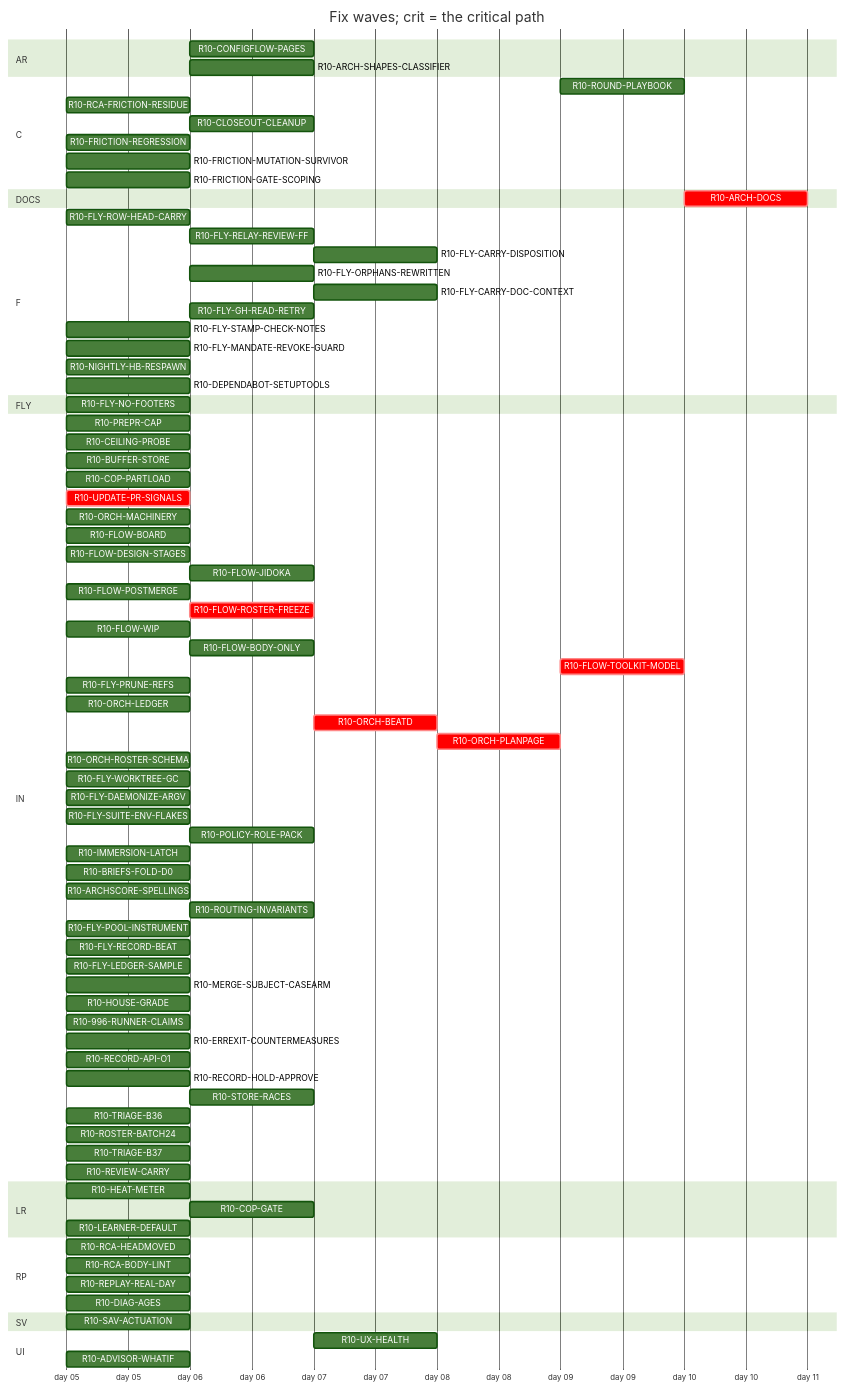
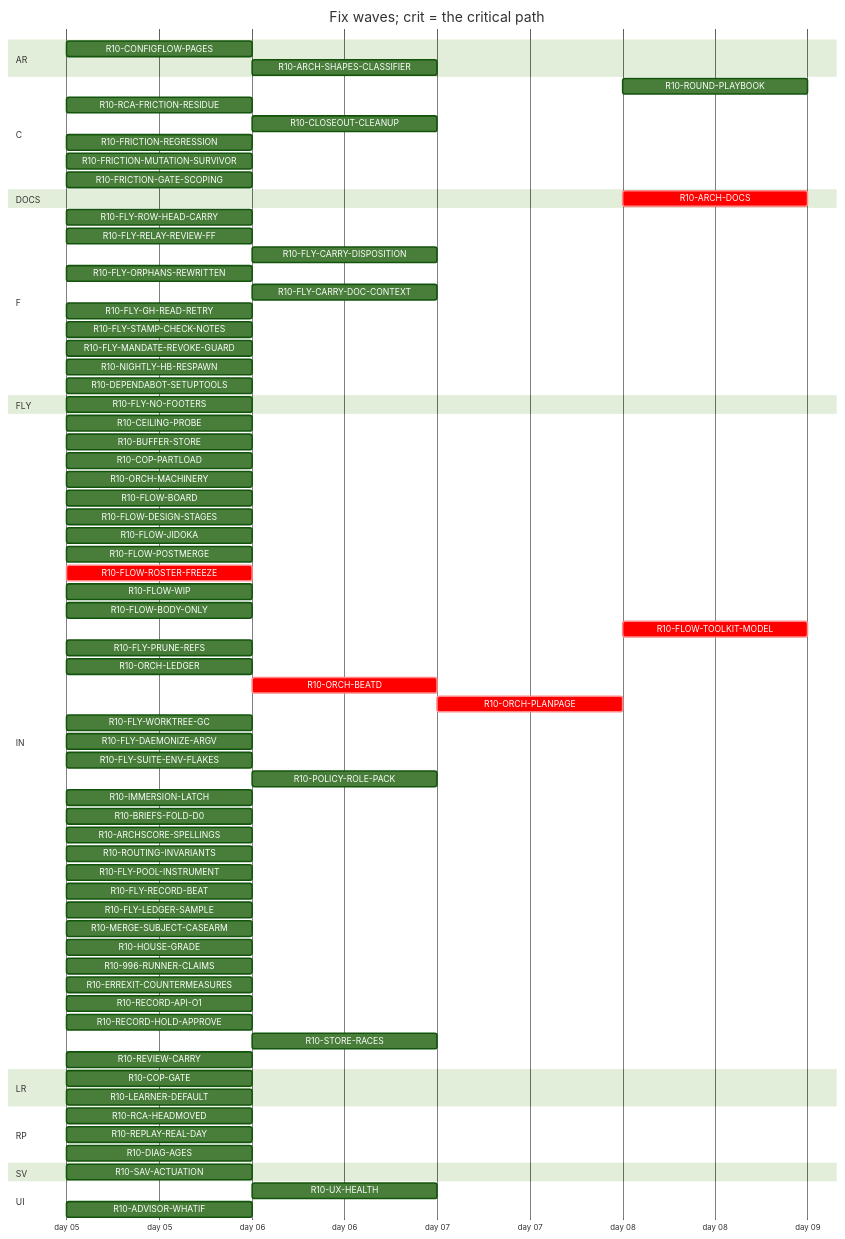
Before and after one commit to tvofi/heatpump_optimizer: the diagram in handoff/round10/state/PLAN-TABLE.md, drawn with Mermaid (forest theme). The commit also changed other lines of this file and 2 other files, not shown here.

````diff
--- a/handoff/round10/state/PLAN-TABLE.md
+++ b/handoff/round10/state/PLAN-TABLE.md
@@ -26,7 +26,7 @@
   dateFormat YYYY-MM-DD
   axisFormat day %d
   section AR
-    R10-CONFIGFLOW-PAGES :r10CONFIGFLOWPAGES, after r10HEATMETER, 1d
+    R10-CONFIGFLOW-PAGES :r10CONFIGFLOWPAGES, 2026-01-05, 1d
     R10-ARCH-SHAPES-CLASSIFIER :r10ARCHSHAPESCLASSIFIER, after r10996RUNNERCLAIMS, 1d
   section C
     R10-ROUND-PLAYBOOK :r10ROUNDPLAYBOOK, after r10ORCHLEDGER r10ORCHBEATD r10ORCHPLANPAGE r10FLYRELAYREVIEWFF r10FLOWROSTERFREEZE r10FLOWBODYONLY, 1d
@@ -36,14 +36,14 @@
     R10-FRICTION-MUTATION-SURVIVOR :r10FRICTIONMUTATIONSURVIVOR, 2026-01-05, 1d
     R10-FRICTION-GATE-SCOPING :r10FRICTIONGATESCOPING, 2026-01-05, 1d
   section DOCS
-    R10-ARCH-DOCS :crit, r10ARCHDOCS, after r10HEATMETER r10COPGATE r10UXHEALTH r10CONFIGFLOWPAGES r10RCAHEADMOVED r10CEILINGPROBE r10BUFFERSTORE r10COPPARTLOAD r10UPDATEPRSIGNALS r10LEARNERDEFAULT r10FLOWBOARD r10FLOWDESIGNSTAGES r10FLOWJIDOKA r10FLOWPOSTMERGE r10FLOWROSTERFREEZE r10FLOWWIP r10FLOWBODYONLY r10FLYROWHEADCARRY r10FLYRELAYREVIEWFF r10FLYCARRYDISPOSITION r10FLYORPHANSREWRITTEN r10FLYCARRYDOCCONTEXT r10FLOWTOOLKITMODEL r10FLYSTAMPCHECKNOTES r10FLYMANDATEREVOKEGUARD r10RCAFRICTIONRESIDUE r10NIGHTLYHBRESPAWN r10FLYPRUNEREFS r10ORCHLEDGER r10ORCHBEATD r10ORCHPLANPAGE r10ORCHROSTERSCHEMA r10FLYWORKTREEGC r10FLYDAEMONIZEARGV r10POLICYROLEPACK r10IMMERSIONLATCH r10BRIEFSFOLDD0 r10REPLAYREALDAY r10ARCHSCORESPELLINGS r10SAVACTUATION r10FLYLEDGERSAMPLE, 1d
+    R10-ARCH-DOCS :crit, r10ARCHDOCS, after r10COPGATE r10UXHEALTH r10CONFIGFLOWPAGES r10RCAHEADMOVED r10CEILINGPROBE r10BUFFERSTORE r10COPPARTLOAD r10LEARNERDEFAULT r10FLOWBOARD r10FLOWDESIGNSTAGES r10FLOWJIDOKA r10FLOWPOSTMERGE r10FLOWROSTERFREEZE r10FLOWWIP r10FLOWBODYONLY r10FLYROWHEADCARRY r10FLYRELAYREVIEWFF r10FLYCARRYDISPOSITION r10FLYORPHANSREWRITTEN r10FLYCARRYDOCCONTEXT r10FLOWTOOLKITMODEL r10FLYSTAMPCHECKNOTES r10FLYMANDATEREVOKEGUARD r10RCAFRICTIONRESIDUE r10NIGHTLYHBRESPAWN r10FLYPRUNEREFS r10ORCHLEDGER r10ORCHBEATD r10ORCHPLANPAGE r10FLYWORKTREEGC r10FLYDAEMONIZEARGV r10POLICYROLEPACK r10IMMERSIONLATCH r10BRIEFSFOLDD0 r10REPLAYREALDAY r10ARCHSCORESPELLINGS r10SAVACTUATION r10FLYLEDGERSAMPLE, 1d
   section F
     R10-FLY-ROW-HEAD-CARRY :r10FLYROWHEADCARRY, 2026-01-05, 1d
-    R10-FLY-RELAY-REVIEW-FF :r10FLYRELAYREVIEWFF, after r10UPDATEPRSIGNALS, 1d
+    R10-FLY-RELAY-REVIEW-FF :r10FLYRELAYREVIEWFF, 2026-01-05, 1d
     R10-FLY-CARRY-DISPOSITION :r10FLYCARRYDISPOSITION, after r10FLYORPHANSREWRITTEN, 1d
-    R10-FLY-ORPHANS-REWRITTEN :r10FLYORPHANSREWRITTEN, after r10UPDATEPRSIGNALS, 1d
+    R10-FLY-ORPHANS-REWRITTEN :r10FLYORPHANSREWRITTEN, 2026-01-05, 1d
     R10-FLY-CARRY-DOC-CONTEXT :r10FLYCARRYDOCCONTEXT, after r10FLYGHREADRETRY, 1d
-    R10-FLY-GH-READ-RETRY :r10FLYGHREADRETRY, after r10UPDATEPRSIGNALS, 1d
+    R10-FLY-GH-READ-RETRY :r10FLYGHREADRETRY, 2026-01-05, 1d
     R10-FLY-STAMP-CHECK-NOTES :r10FLYSTAMPCHECKNOTES, 2026-01-05, 1d
     R10-FLY-MANDATE-REVOKE-GUARD :r10FLYMANDATEREVOKEGUARD, 2026-01-05, 1d
     R10-NIGHTLY-HB-RESPAWN :r10NIGHTLYHBRESPAWN, 2026-01-05, 1d
@@ -51,25 +51,22 @@
   section FLY
     R10-FLY-NO-FOOTERS :r10FLYNOFOOTERS, 2026-01-05, 1d
   section IN
-    R10-PREPR-CAP :r10PREPRCAP, 2026-01-05, 1d
     R10-CEILING-PROBE :r10CEILINGPROBE, 2026-01-05, 1d
     R10-BUFFER-STORE :r10BUFFERSTORE, 2026-01-05, 1d
     R10-COP-PARTLOAD :r10COPPARTLOAD, 2026-01-05, 1d
-    R10-UPDATE-PR-SIGNALS :crit, r10UPDATEPRSIGNALS, 2026-01-05, 1d
     R10-ORCH-MACHINERY :r10ORCHMACHINERY, 2026-01-05, 1d
     R10-FLOW-BOARD :r10FLOWBOARD, 2026-01-05, 1d
     R10-FLOW-DESIGN-STAGES :r10FLOWDESIGNSTAGES, 2026-01-05, 1d
-    R10-FLOW-JIDOKA :r10FLOWJIDOKA, after r10PREPRCAP, 1d
+    R10-FLOW-JIDOKA :r10FLOWJIDOKA, 2026-01-05, 1d
     R10-FLOW-POSTMERGE :r10FLOWPOSTMERGE, 2026-01-05, 1d
-    R10-FLOW-ROSTER-FREEZE :crit, r10FLOWROSTERFREEZE, after r10UPDATEPRSIGNALS, 1d
+    R10-FLOW-ROSTER-FREEZE :crit, r10FLOWROSTERFREEZE, 2026-01-05, 1d
     R10-FLOW-WIP :r10FLOWWIP, 2026-01-05, 1d
-    R10-FLOW-BODY-ONLY :r10FLOWBODYONLY, after r10UPDATEPRSIGNALS, 1d
+    R10-FLOW-BODY-ONLY :r10FLOWBODYONLY, 2026-01-05, 1d
     R10-FLOW-TOOLKIT-MODEL :crit, r10FLOWTOOLKITMODEL, after r10ORCHPLANPAGE, 1d
     R10-FLY-PRUNE-REFS :r10FLYPRUNEREFS, 2026-01-05, 1d
     R10-ORCH-LEDGER :r10ORCHLEDGER, 2026-01-05, 1d
     R10-ORCH-BEATD :crit, r10ORCHBEATD, after r10FLOWROSTERFREEZE, 1d
     R10-ORCH-PLANPAGE :crit, r10ORCHPLANPAGE, after r10ORCHBEATD, 1d
-    R10-ORCH-ROSTER-SCHEMA :r10ORCHROSTERSCHEMA, 2026-01-05, 1d
     R10-FLY-WORKTREE-GC :r10FLYWORKTREEGC, 2026-01-05, 1d
     R10-FLY-DAEMONIZE-ARGV :r10FLYDAEMONIZEARGV, 2026-01-05, 1d
     R10-FLY-SUITE-ENV-FLAKES :r10FLYSUITEENVFLAKES, 2026-01-05, 1d
@@ -77,7 +74,7 @@
     R10-IMMERSION-LATCH :r10IMMERSIONLATCH, 2026-01-05, 1d
     R10-BRIEFS-FOLD-D0 :r10BRIEFSFOLDD0, 2026-01-05, 1d
     R10-ARCHSCORE-SPELLINGS :r10ARCHSCORESPELLINGS, 2026-01-05, 1d
-    R10-ROUTING-INVARIANTS :r10ROUTINGINVARIANTS, after r10ORCHROSTERSCHEMA, 1d
+    R10-ROUTING-INVARIANTS :r10ROUTINGINVARIANTS, 2026-01-05, 1d
     R10-FLY-POOL-INSTRUMENT :r10FLYPOOLINSTRUMENT, 2026-01-05, 1d
     R10-FLY-RECORD-BEAT :r10FLYRECORDBEAT, 2026-01-05, 1d
     R10-FLY-LEDGER-SAMPLE :r10FLYLEDGERSAMPLE, 2026-01-05, 1d
@@ -88,22 +85,17 @@
     R10-RECORD-API-O1 :r10RECORDAPIO1, 2026-01-05, 1d
     R10-RECORD-HOLD-APPROVE :r10RECORDHOLDAPPROVE, 2026-01-05, 1d
     R10-STORE-RACES :r10STORERACES, after r10BUFFERSTORE, 1d
-    R10-TRIAGE-B36 :r10TRIAGEB36, 2026-01-05, 1d
-    R10-ROSTER-BATCH24 :r10ROSTERBATCH24, 2026-01-05, 1d
-    R10-TRIAGE-B37 :r10TRIAGEB37, 2026-01-05, 1d
     R10-REVIEW-CARRY :r10REVIEWCARRY, 2026-01-05, 1d
   section LR
-    R10-HEAT-METER :r10HEATMETER, 2026-01-05, 1d
-    R10-COP-GATE :r10COPGATE, after r10HEATMETER, 1d
+    R10-COP-GATE :r10COPGATE, 2026-01-05, 1d
     R10-LEARNER-DEFAULT :r10LEARNERDEFAULT, 2026-01-05, 1d
   section RP
     R10-RCA-HEADMOVED :r10RCAHEADMOVED, 2026-01-05, 1d
-    R10-RCA-BODY-LINT :r10RCABODYLINT, 2026-01-05, 1d
     R10-REPLAY-REAL-DAY :r10REPLAYREALDAY, 2026-01-05, 1d
     R10-DIAG-AGES :r10DIAGAGES, 2026-01-05, 1d
   section SV
     R10-SAV-ACTUATION :r10SAVACTUATION, 2026-01-05, 1d
   section UI
-    R10-UX-HEALTH :r10UXHEALTH, after r10COPGATE r10HEATMETER, 1d
+    R10-UX-HEALTH :r10UXHEALTH, after r10COPGATE, 1d
     R10-ADVISOR-WHATIF :r10ADVISORWHATIF, 2026-01-05, 1d
 ```
````
